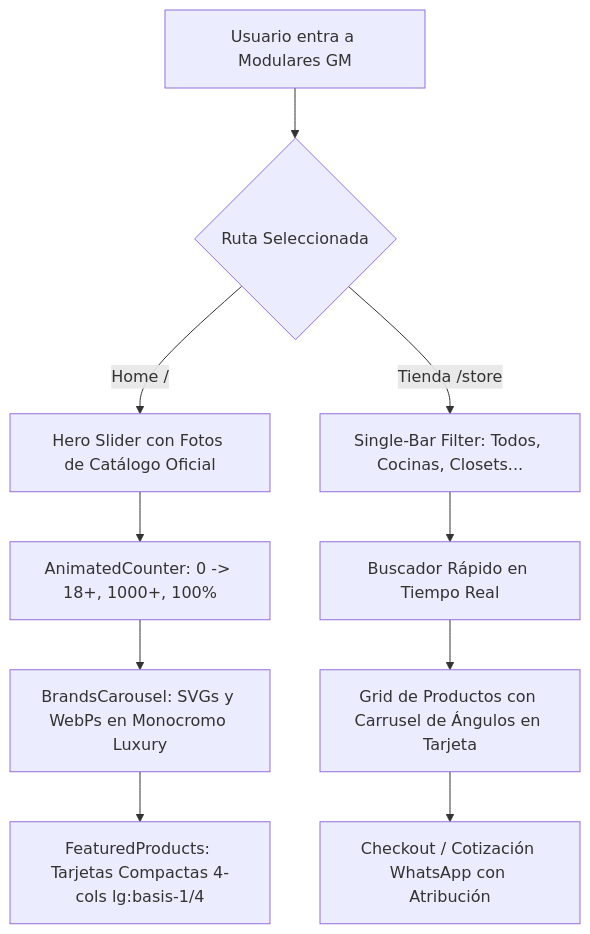
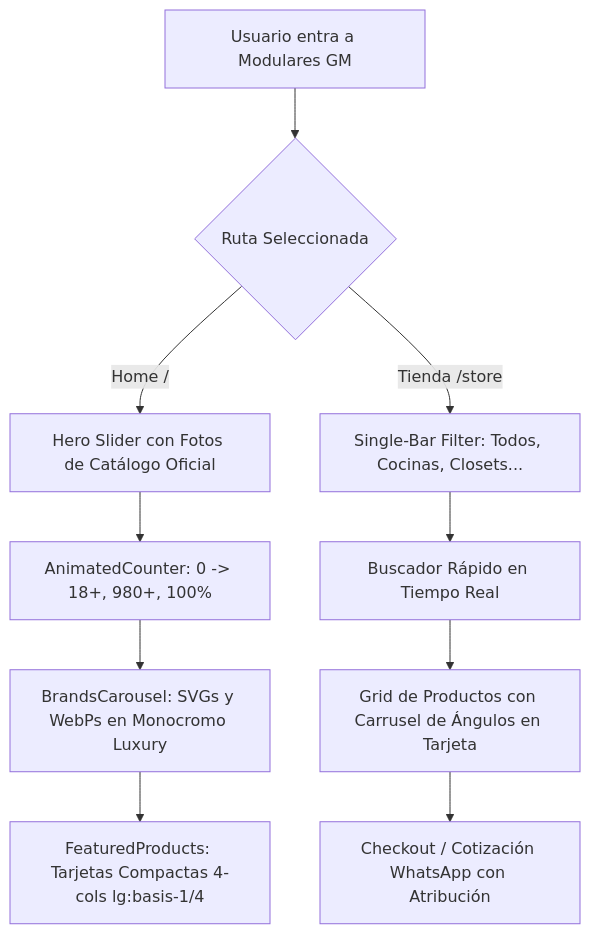
The diagram in docs/09_Store_Refinement_and_Hero_Branding.md (pavelo88/modularesgm), drawn with Mermaid before and after one commit. The commit also changed other lines of this file and 14 other files, not shown here.

````diff
--- a/docs/09_Store_Refinement_and_Hero_Branding.md
+++ b/docs/09_Store_Refinement_and_Hero_Branding.md
@@ -9,13 +9,13 @@
 ```mermaid
 graph TD
     A[Usuario entra a Modulares GM] --> B{Ruta Seleccionada}
     B -->|Home /| C[Hero Slider con Fotos de Catálogo Oficial]
-    C --> D[AnimatedCounter: 0 -> 18+, 1000+, 100%]
+    C --> D[AnimatedCounter: 0 -> 18+, 980+, 100%]
     D --> E[BrandsCarousel: SVGs y WebPs en Monocromo Luxury]
     E --> F[FeaturedProducts: Tarjetas Compactas 4-cols lg:basis-1/4]
     
     B -->|Tienda /store| G[Single-Bar Filter: Todos, Cocinas, Closets...]
     G --> H[Buscador Rápido en Tiempo Real]
     H --> I[Grid de Productos con Carrusel de Ángulos en Tarjeta]
     I --> J[Checkout / Cotización WhatsApp con Atribución]
 ```
````
